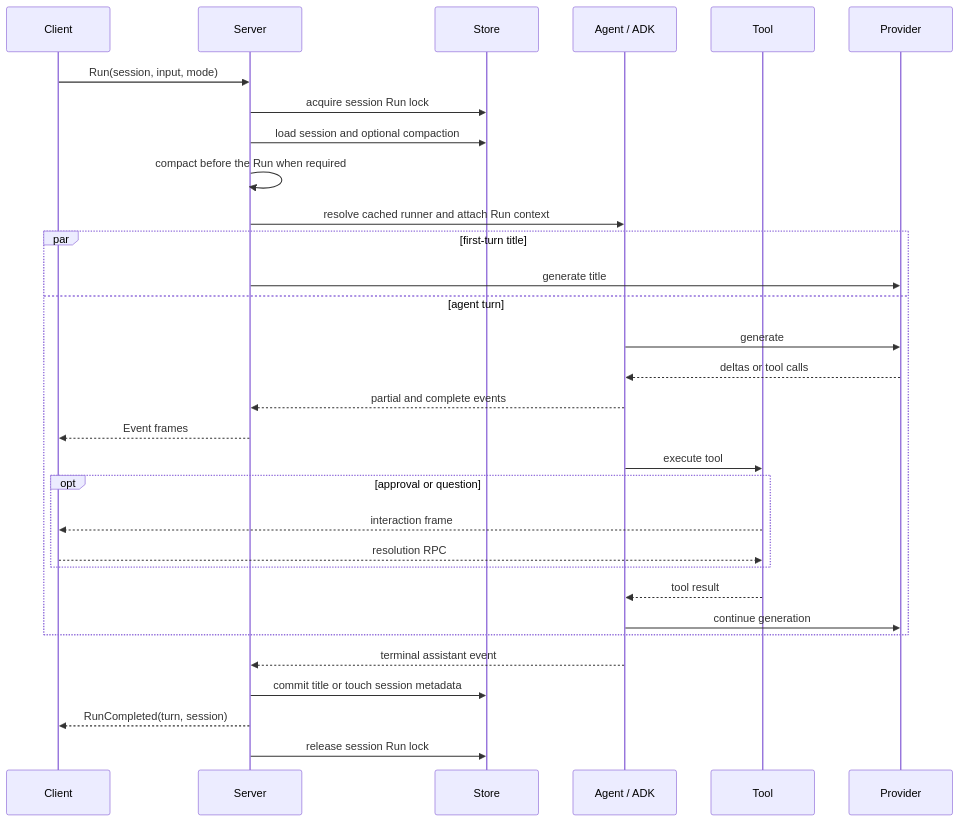
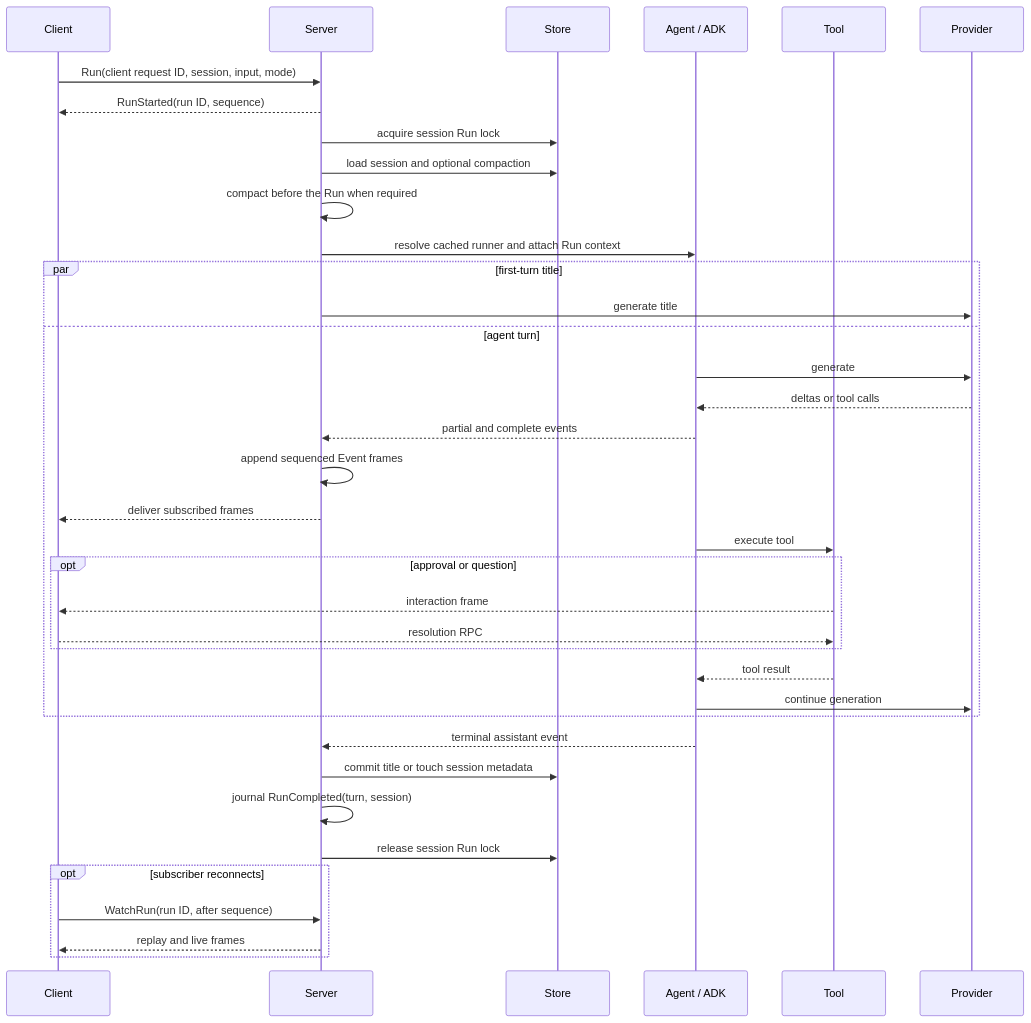
One commit to soasurs/koda changed the diagram in docs/architecture/run-lifecycle.md. Above: the diagram before and after it, drawn with Mermaid. The commit also changed other lines of this file and 25 other files, not shown here.

````diff
--- a/docs/architecture/run-lifecycle.md
+++ b/docs/architecture/run-lifecycle.md
@@ -25,34 +27,40 @@
 ```mermaid
 sequenceDiagram
     participant C as Client
     participant S as Server
     participant DB as Store
     participant A as Agent / ADK
     participant T as Tool
     participant P as Provider
 
-    C->>S: Run(session, input, mode)
+    C->>S: Run(client request ID, session, input, mode)
+    S-->>C: RunStarted(run ID, sequence)
     S->>DB: acquire session Run lock
     S->>DB: load session and optional compaction
     S->>S: compact before the Run when required
     S->>A: resolve cached runner and attach Run context
     par first-turn title
         S->>P: generate title
     and agent turn
         A->>P: generate
         P-->>A: deltas or tool calls
         A-->>S: partial and complete events
-        S-->>C: Event frames
+        S->>S: append sequenced Event frames
+        S-->>C: deliver subscribed frames
         A->>T: execute tool
         opt approval or question
             T-->>C: interaction frame
             C-->>T: resolution RPC
         end
         T-->>A: tool result
         A->>P: continue generation
     end
     A-->>S: terminal assistant event
     S->>DB: commit title or touch session metadata
-    S-->>C: RunCompleted(turn, session)
+    S->>S: journal RunCompleted(turn, session)
     S->>DB: release session Run lock
+    opt subscriber reconnects
+        C->>S: WatchRun(run ID, after sequence)
+        S-->>C: replay and live frames
+    end
 ```
````
